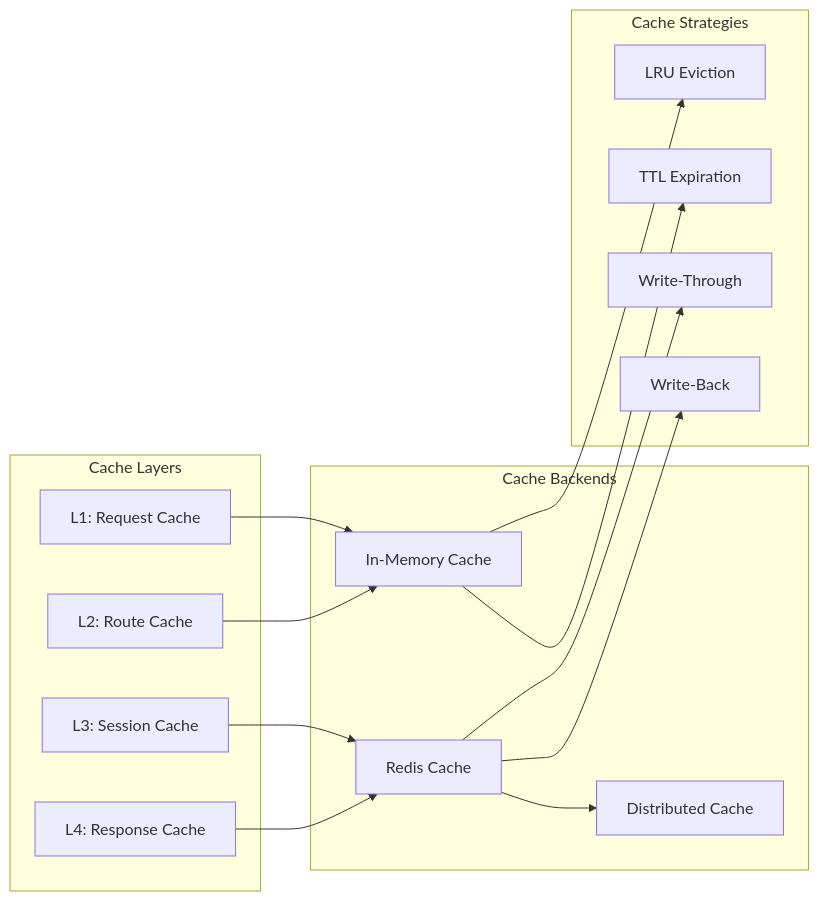
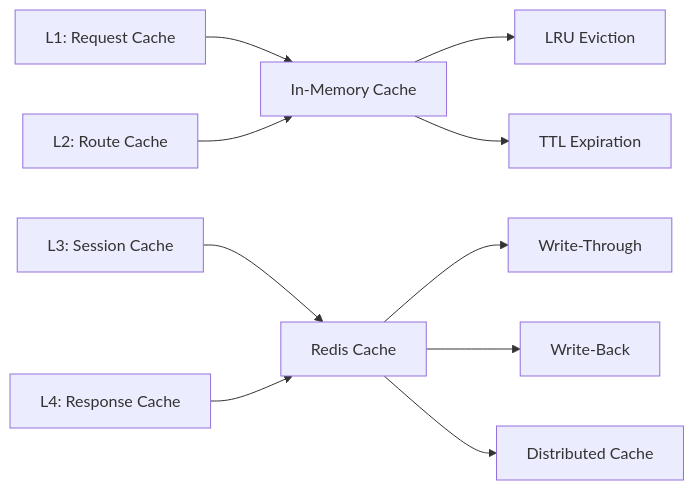
The eighth of 16 diagrams in docs/guide/architecture.md (fluxsce/gateway), drawn with Mermaid before and after one commit. The commit also changed other lines of this file and 1 other file, not shown here.

Commit message:
架构图显示错误修复

````diff
--- a/docs/guide/architecture.md
+++ b/docs/guide/architecture.md
@@ -371,34 +237,14 @@
 ```mermaid
 graph LR
-    subgraph "Cache Layers"
-        L1[L1: Request Cache]
-        L2[L2: Route Cache]
-        L3[L3: Session Cache]
-        L4[L4: Response Cache]
-    end
+    L1[L1: Request Cache] --> Memory[In-Memory Cache]
+    L2[L2: Route Cache] --> Memory
+    L3[L3: Session Cache] --> Redis[Redis Cache]
+    L4[L4: Response Cache] --> Redis
     
-    subgraph "Cache Backends"
-        Memory[In-Memory Cache]
-        Redis[Redis Cache]
-        Distributed[Distributed Cache]
-    end
+    Memory --> LRU[LRU Eviction]
+    Memory --> TTL[TTL Expiration]
+    Redis --> WriteThrough[Write-Through]
+    Redis --> WriteBack[Write-Back]
     
-    subgraph "Cache Strategies"
-        LRU[LRU Eviction]
-        TTL[TTL Expiration]
-        WriteThrough[Write-Through]
-        WriteBack[Write-Back]
-    end
-    
-    L1 --> Memory
-    L2 --> Memory
-    L3 --> Redis
-    L4 --> Redis
-    
-    Memory --> LRU
-    Memory --> TTL
-    Redis --> WriteThrough
-    Redis --> WriteBack
-    
-    Redis --> Distributed
+    Redis --> Distributed[Distributed Cache]
 ```
````
